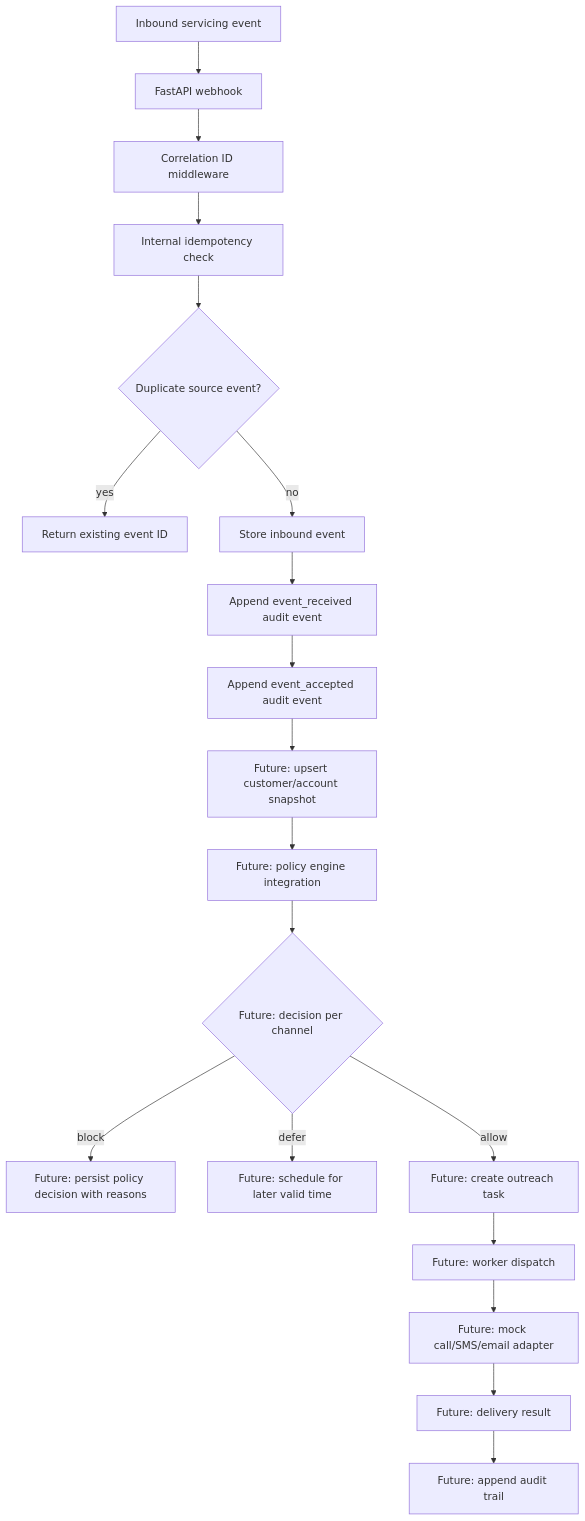
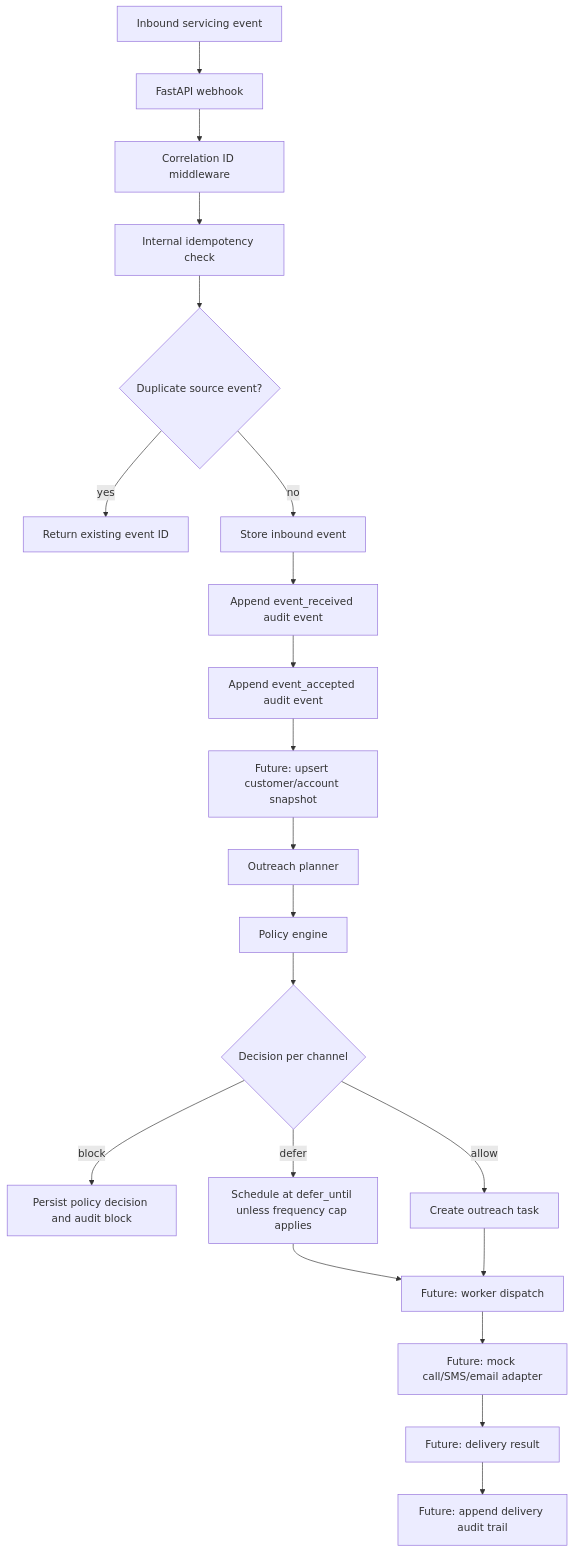
The first of 2 diagrams in README.md (rafa761/ai-compliance-orquestrator), drawn with Mermaid before and after one commit. The commit also changed other lines of this file and 5 other files, not shown here.

````diff
--- a/README.md
+++ b/README.md
@@ -60,25 +67,27 @@
 ```mermaid
 flowchart TD
     A[Inbound servicing event] --> B[FastAPI webhook]
     B --> C[Correlation ID middleware]
     C --> D[Internal idempotency check]
     D --> E{Duplicate source event?}
 
     E -- yes --> F[Return existing event ID]
     E -- no --> G[Store inbound event]
     G --> H[Append event_received audit event]
     H --> I[Append event_accepted audit event]
 
     I --> J[Future: upsert customer/account snapshot]
-    J --> K[Future: policy engine integration]
-    K --> L{Future: decision per channel}
+    J --> K[Outreach planner]
+    K --> L[Policy engine]
+    L --> M{Decision per channel}
 
-    L -- block --> M[Future: persist policy decision with reasons]
-    L -- defer --> N[Future: schedule for later valid time]
-    L -- allow --> O[Future: create outreach task]
+    M -- block --> N[Persist policy decision and audit block]
+    M -- defer --> O[Schedule at defer_until unless frequency cap applies]
+    M -- allow --> P[Create outreach task]
 
-    O --> P[Future: worker dispatch]
-    P --> Q[Future: mock call/SMS/email adapter]
-    Q --> R[Future: delivery result]
-    R --> S[Future: append audit trail]
+    O --> Q[Future: worker dispatch]
+    P --> Q
+    Q --> R[Future: mock call/SMS/email adapter]
+    R --> S[Future: delivery result]
+    S --> T[Future: append delivery audit trail]
 ```
````
